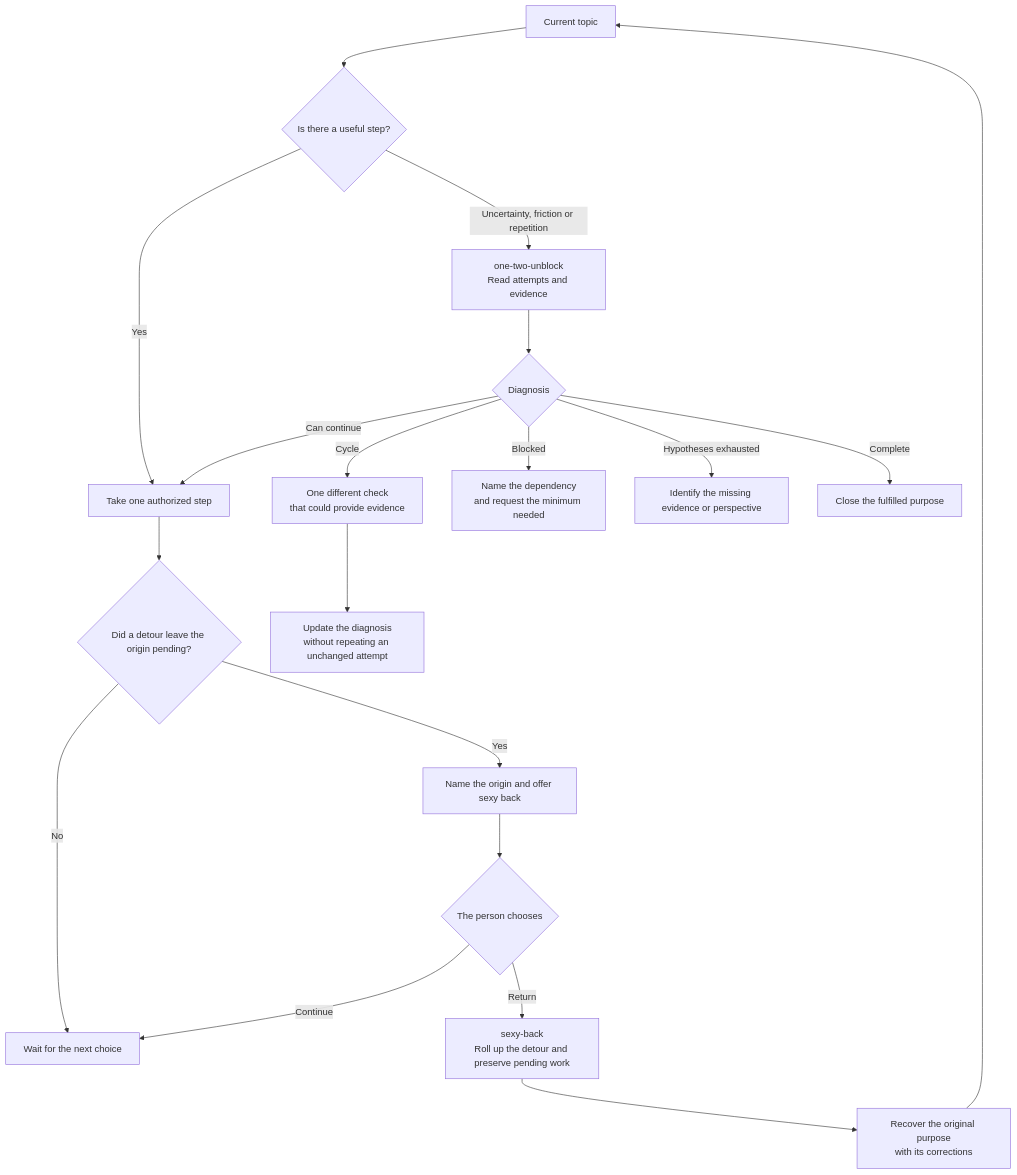
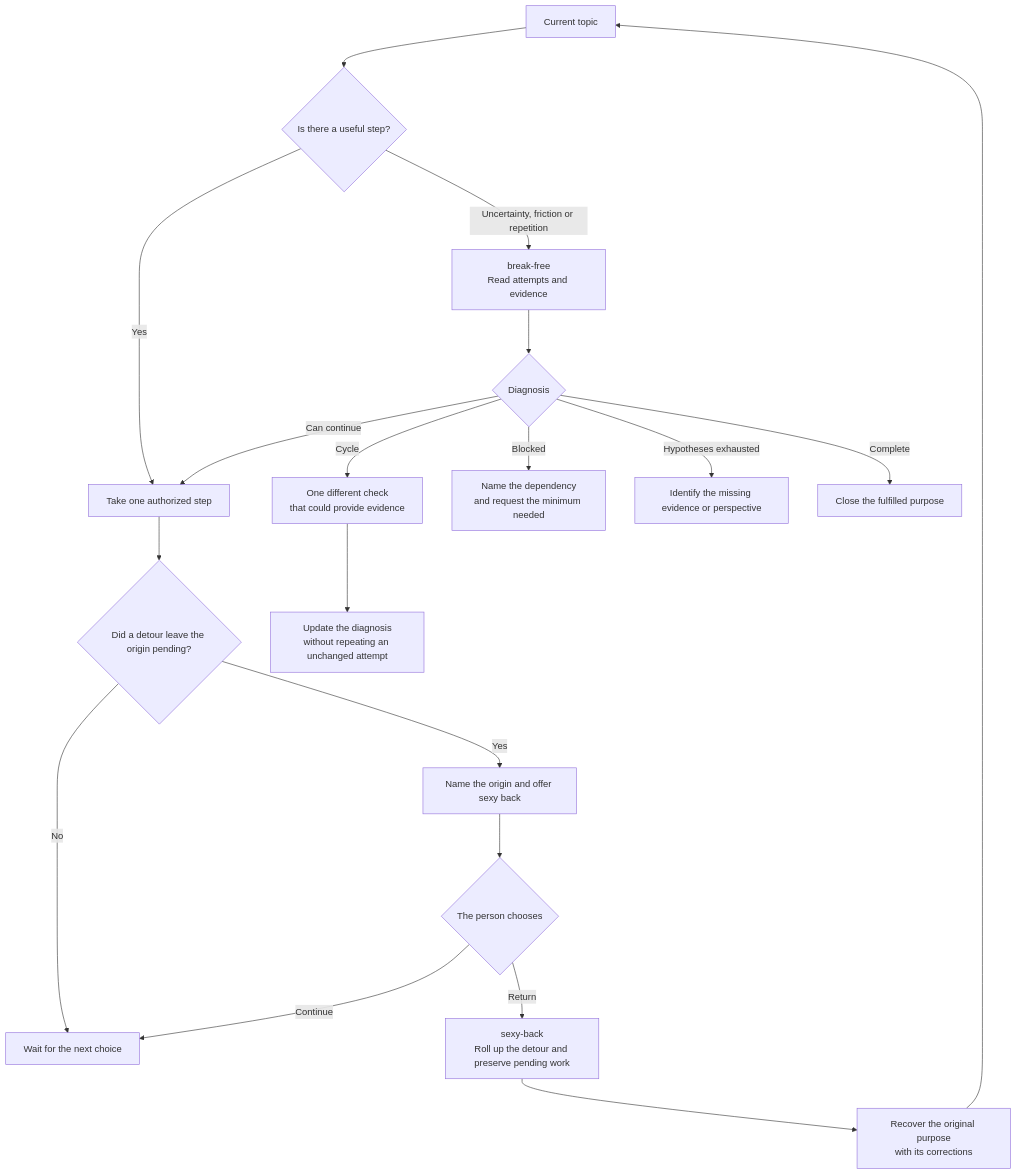
Before and after one commit to cangrejometralleta/OneTwoThree: the eighth of 11 diagrams in docs/presentation.en.md, drawn with Mermaid. The commit also changed other lines of this file and 26 other files, not shown here.

````diff
--- a/docs/presentation.en.md
+++ b/docs/presentation.en.md
@@ -270,21 +270,21 @@
 ```mermaid
 flowchart TD
     CURRENT["Current topic"] --> CHECK{"Is there a useful step?"}
     CHECK -- Yes --> STEP["Take one authorized step"]
-    CHECK -- "Uncertainty, friction or repetition" --> UNBLOCK["one-two-unblock<br/>Read attempts and evidence"]
+    CHECK -- "Uncertainty, friction or repetition" --> UNBLOCK["break-free<br/>Read attempts and evidence"]
     UNBLOCK --> STATE{"Diagnosis"}
     STATE -- "Can continue" --> STEP
     STATE -- Cycle --> OBSERVE["One different check<br/>that could provide evidence"]
     OBSERVE --> RESULT["Update the diagnosis<br/>without repeating an unchanged attempt"]
     STATE -- Blocked --> NEED["Name the dependency<br/>and request the minimum needed"]
     STATE -- "Hypotheses exhausted" --> HELP["Identify the missing evidence or perspective"]
     STATE -- Complete --> DONE["Close the fulfilled purpose"]
     STEP --> RETURN{"Did a detour leave the origin pending?"}
     RETURN -- No --> WAIT["Wait for the next choice"]
     RETURN -- Yes --> OFFER["Name the origin and offer sexy back"]
     OFFER --> CHOICE{"The person chooses"}
     CHOICE -- Continue --> WAIT
     CHOICE -- Return --> ROLL["sexy-back<br/>Roll up the detour and preserve pending work"]
     ROLL --> ORIGIN["Recover the original purpose<br/>with its corrections"]
     ORIGIN --> CURRENT
 ```
````
